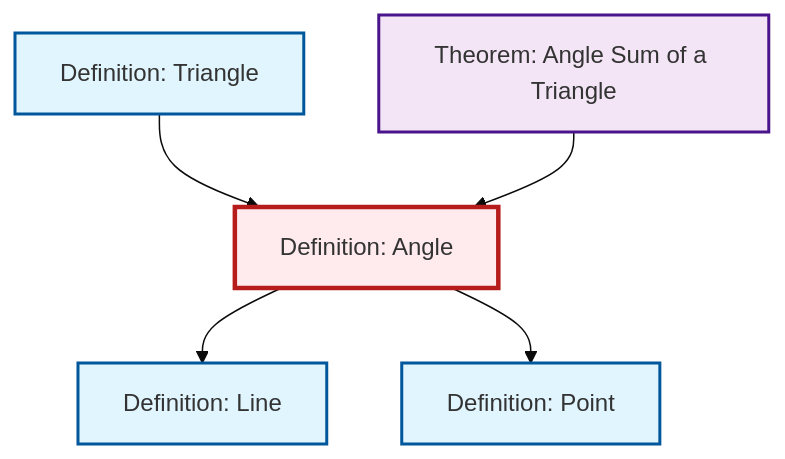
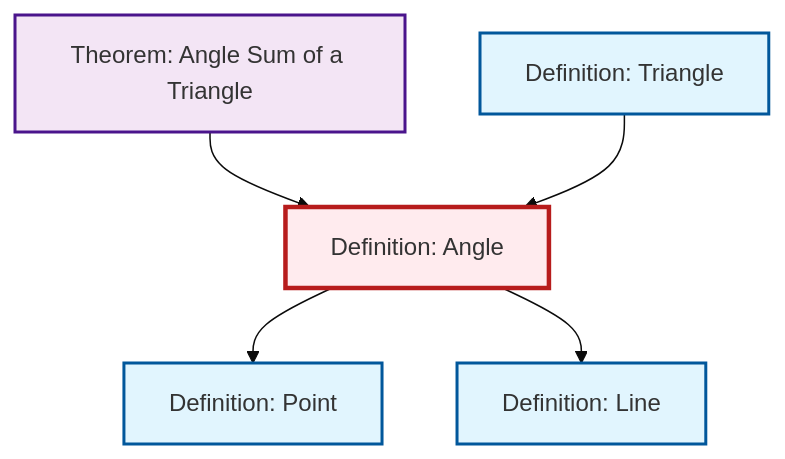
Before and after one commit to RK0429/ModernMath: the diagram in content/en/geometry/def-angle.qmd, drawn with Mermaid (base theme). The commit also changed other lines of this file and 328 other files, not shown here.

````diff
--- a/content/en/geometry/def-angle.qmd
+++ b/content/en/geometry/def-angle.qmd
@@ -49,23 +49,23 @@
 ```{mermaid}
 %%| fig-cap: "Local dependency graph"
 graph TD
     classDef definition fill:#e1f5fe,stroke:#01579b,stroke-width:2px
     classDef theorem fill:#f3e5f5,stroke:#4a148c,stroke-width:2px
     classDef axiom fill:#fff3e0,stroke:#e65100,stroke-width:2px
     classDef example fill:#e8f5e9,stroke:#1b5e20,stroke-width:2px
     classDef current fill:#ffebee,stroke:#b71c1c,stroke-width:3px
+    def-angle["Definition: Angle"]:::definition
+    thm-angle-sum-triangle["Theorem: Angle Sum of a Triangle"]:::theorem
+    def-line["Definition: Line"]:::definition
+    def-point["Definition: Point"]:::definition
     def-triangle["Definition: Triangle"]:::definition
-    def-line["Definition: Line"]:::definition
-    def-angle["Definition: Angle"]:::definition
-    def-point["Definition: Point"]:::definition
-    thm-angle-sum-triangle["Theorem: Angle Sum of a Triangle"]:::theorem
+    thm-angle-sum-triangle --> def-angle
+    def-angle --> def-point
+    def-triangle --> def-angle
     def-angle --> def-line
-    def-triangle --> def-angle
-    def-angle --> def-point
-    thm-angle-sum-triangle --> def-angle
     class def-angle current
-    click def-triangle "def-triangle.html" "Go to Triangle definition"
+    click thm-angle-sum-triangle "thm-angle-sum-triangle.html" "Go to Angle Sum of a Triangle theorem"
     click def-line "def-line.html" "Go to Line definition"
     click def-point "def-point.html" "Go to Point definition"
-    click thm-angle-sum-triangle "thm-angle-sum-triangle.html" "Go to Angle Sum of a Triangle theorem"
+    click def-triangle "def-triangle.html" "Go to Triangle definition"
 ```
````
